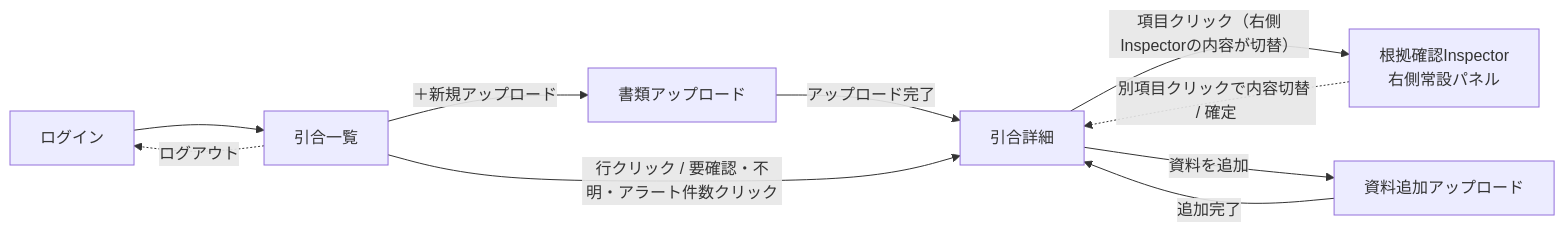
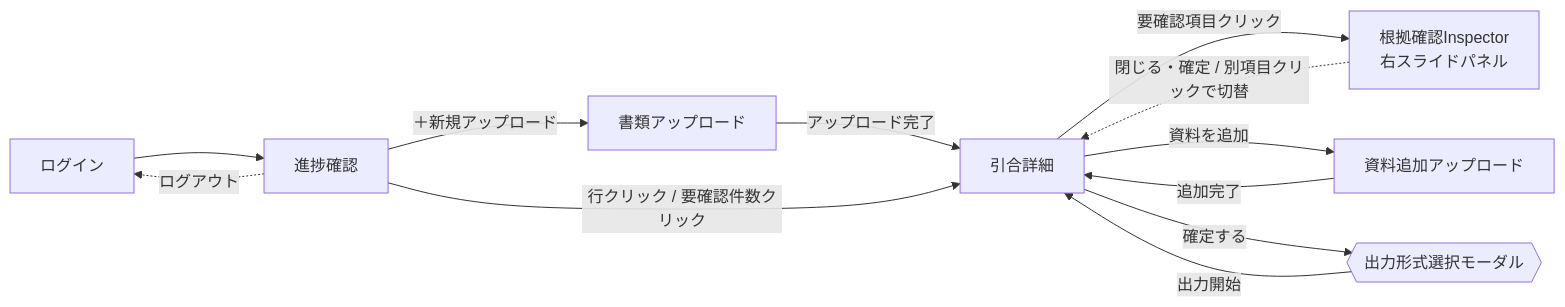
Before and after one commit to yama3n/sprint3-agent: the diagram in docs/requirements/03-spec.md, drawn with Mermaid. The commit also changed other lines of this file and 1 other file, not shown here.

````diff
--- a/docs/requirements/03-spec.md
+++ b/docs/requirements/03-spec.md
@@ -29,12 +29,14 @@
 ```mermaid
 flowchart LR
-    SCR-00[ログイン] --> SCR-01[引合一覧]
+    SCR-00[ログイン] --> SCR-01[進捗確認]
     SCR-01 -->|＋新規アップロード| SCR-02[書類アップロード]
     SCR-02 -->|アップロード完了| SCR-03[引合詳細]
-    SCR-01 -->|行クリック / 要確認・不明・アラート件数クリック| SCR-03
-    SCR-03 -->|項目クリック（右側Inspectorの内容が切替）| SCR-04[根拠確認Inspector<br>右側常設パネル]
-    SCR-04 -.->|別項目クリックで内容切替 / 確定| SCR-03
+    SCR-01 -->|行クリック / 要確認件数クリック| SCR-03
+    SCR-03 -->|要確認項目クリック| SCR-04[根拠確認Inspector<br>右スライドパネル]
+    SCR-04 -.->|閉じる・確定 / 別項目クリックで切替| SCR-03
     SCR-03 -->|資料を追加| SCR-05[資料追加アップロード]
     SCR-05 -->|追加完了| SCR-03
+    SCR-03 -->|確定する| SCR-03exp{{出力形式選択モーダル}}
+    SCR-03exp -->|出力開始| SCR-03
     SCR-01 -.->|ログアウト| SCR-00
 ```
````
